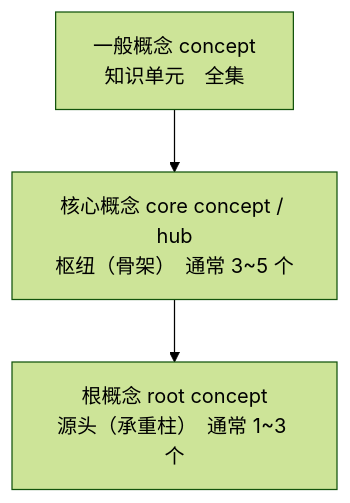
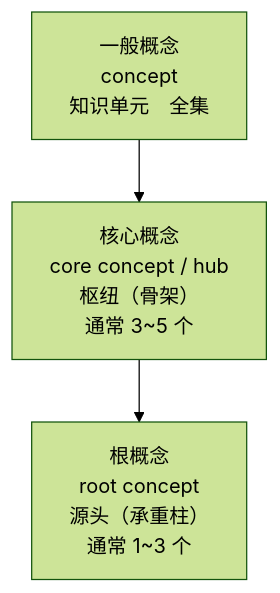
Before and after one commit to Yongjunzhou/business-Engineering: the diagram in 100-subprojects/01-系统工程研究/03-架构师是个怎样的物种/成书/build/.mmd/ch01-fig01.mmd, drawn with Mermaid (forest theme). The commit also changed 62 other files, not shown here.

First line of the commit message:
教材侧·成书管道与产物：图字号/图题/表跨页/长表列宽四口径

```diff
--- a/100-subprojects/01-系统工程研究/03-架构师是个怎样的物种/成书/build/.mmd/ch01-fig01.mmd
+++ b/100-subprojects/01-系统工程研究/03-架构师是个怎样的物种/成书/build/.mmd/ch01-fig01.mmd
@@ -1,3 +1,3 @@
 flowchart TD
-    A["一般概念 concept<br/>知识单元　全集"] --> B["核心概念 core concept / hub<br/>枢纽（骨架）　通常 3~5 个"]
-    B --> C["根概念 root concept<br/>源头（承重柱）　通常 1~3 个"]
+    A["一般概念<br/>concept<br/>知识单元　全集"] --> B["核心概念<br/>core concept / hub<br/>枢纽（骨架）<br/>通常 3~5 个"]
+    B --> C["根概念<br/>root concept<br/>源头（承重柱）<br/>通常 1~3 个"]
```
